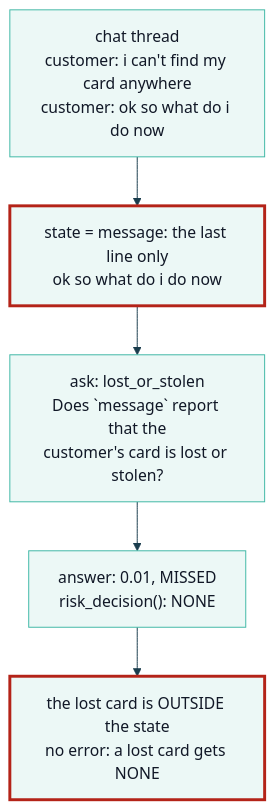
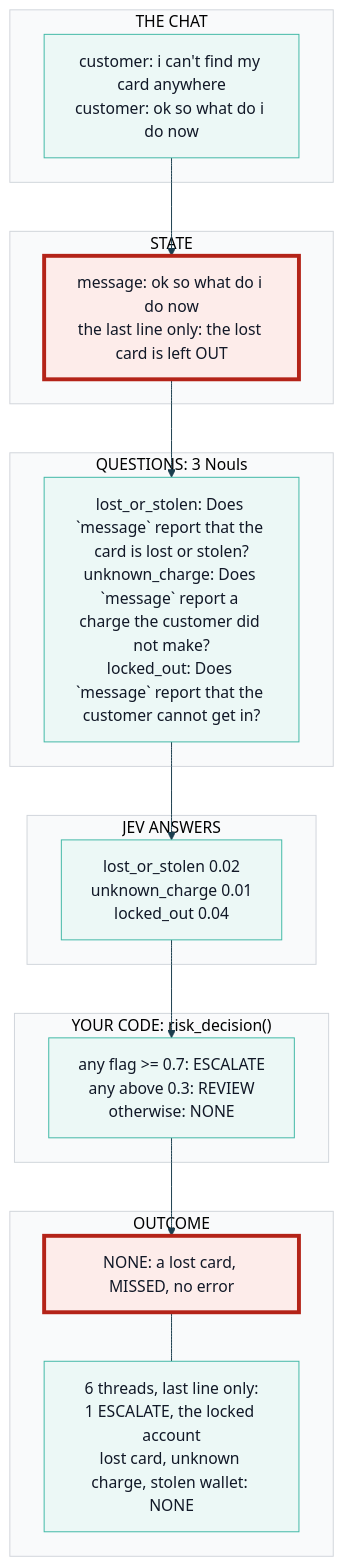
The diagram in course/diagrams/module_02/p2-problem-last-line.mmd (axel-sirota/getting_started_jev), drawn with Mermaid before and after one commit. The commit also changed 31 other files, not shown here.

Commit message:
Module 2: notebooks and diagrams

```diff
--- a/course/diagrams/module_02/p2-problem-last-line.mmd
+++ b/course/diagrams/module_02/p2-problem-last-line.mmd
@@ -1,8 +1,29 @@
 %%{init: {"theme": "base", "themeVariables": {"fontFamily": "Inter, sans-serif", "primaryColor": "#ECF8F6", "primaryBorderColor": "#40B8A6", "primaryTextColor": "#111827", "lineColor": "#1A3D4D", "secondaryColor": "#F9FAFB", "tertiaryColor": "#FFFFFF", "clusterBkg": "#F9FAFB", "clusterBorder": "#D1D5DB", "actorBkg": "#ECF8F6", "actorBorder": "#40B8A6", "noteBkgColor": "#FFF6DA", "noteBorderColor": "#E0B84C"}}}%%
 flowchart TD
-  T["chat thread<br/>customer: i can't find my card anywhere<br/>customer: ok so what do i do now"] --> S["state = message: the last line only<br/>ok so what do i do now"]
-  S --> Q["ask: lost_or_stolen<br/>Does `message` report that the<br/>customer's card is lost or stolen?"]
-  Q --> A["answer: 0.01, MISSED<br/>risk_decision(): NONE"]
-  A --> X["the lost card is OUTSIDE the state<br/>no error: a lost card gets NONE"]
-  style S stroke:#B42318,stroke-width:3px
-  style X stroke:#B42318,stroke-width:3px
+  subgraph CHAT["THE CHAT"]
+    T["customer: i can't find my card anywhere<br/>customer: ok so what do i do now"]
+  end
+  subgraph STATE["STATE"]
+    S["message: ok so what do i do now<br/>the last line only: the lost card is left OUT"]
+  end
+  subgraph QUESTIONS["QUESTIONS: 3 Nouls"]
+    Q["lost_or_stolen: Does `message` report that the card is lost or stolen?<br/>unknown_charge: Does `message` report a charge the customer did not make?<br/>locked_out: Does `message` report that the customer cannot get in?"]
+  end
+  subgraph ANSWERS["JEV ANSWERS"]
+    A["lost_or_stolen 0.02<br/>unknown_charge 0.01<br/>locked_out 0.04"]
+  end
+  subgraph CODE["YOUR CODE: risk_decision()"]
+    C["any flag >= 0.7: ESCALATE<br/>any above 0.3: REVIEW<br/>otherwise: NONE"]
+  end
+  subgraph OUTCOME["OUTCOME"]
+    O["NONE: a lost card, MISSED, no error"]
+    R["6 threads, last line only:<br/>1 ESCALATE, the locked account<br/>lost card, unknown charge, stolen wallet: NONE"]
+  end
+  T --> S --> Q --> A --> C --> O
+  O --- R
+
+  classDef fail fill:#FDECEA,stroke:#B42318,stroke-width:4px
+  classDef changed fill:#D5F2EC,stroke:#1A3D4D,stroke-width:4px
+  classDef ok fill:#ECF8F6,stroke:#1A3D4D,stroke-width:3px
+  class S fail
+  class O fail
```
